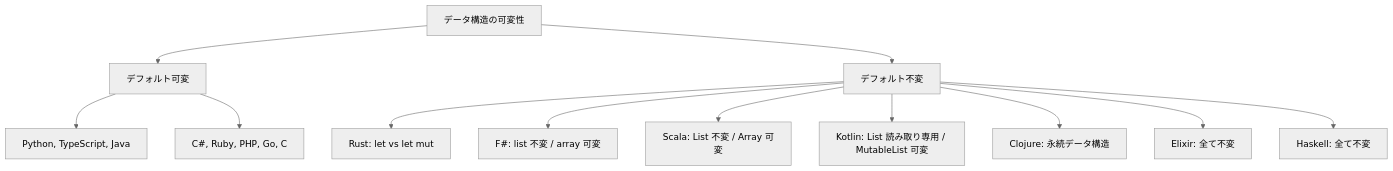
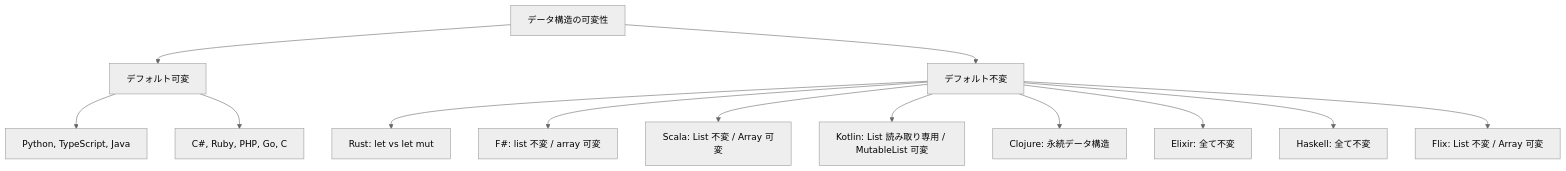
One commit to k2works/getting-started-algorithm changed the diagram in docs/article/all/03-arrays-and-collections.md. Above: the diagram before and after it, drawn with Mermaid (neutral theme). The commit also changed other lines of this file and 7 other files, not shown here.

````diff
--- a/docs/article/all/03-arrays-and-collections.md
+++ b/docs/article/all/03-arrays-and-collections.md
@@ -30,14 +31,15 @@
 ```mermaid
 graph TD
     A[データ構造の可変性] --> B[デフォルト可変]
     A --> C[デフォルト不変]
     B --> B1[Python, TypeScript, Java]
     B --> B2[C#, Ruby, PHP, Go, C]
     C --> C1[Rust: let vs let mut]
     C --> C2[F#: list 不変 / array 可変]
     C --> C3[Scala: List 不変 / Array 可変]
     C --> C7[Kotlin: List 読み取り専用 / MutableList 可変]
     C --> C4[Clojure: 永続データ構造]
     C --> C5[Elixir: 全て不変]
     C --> C6[Haskell: 全て不変]
+    C --> C8[Flix: List 不変 / Array 可変]
 ```
````
